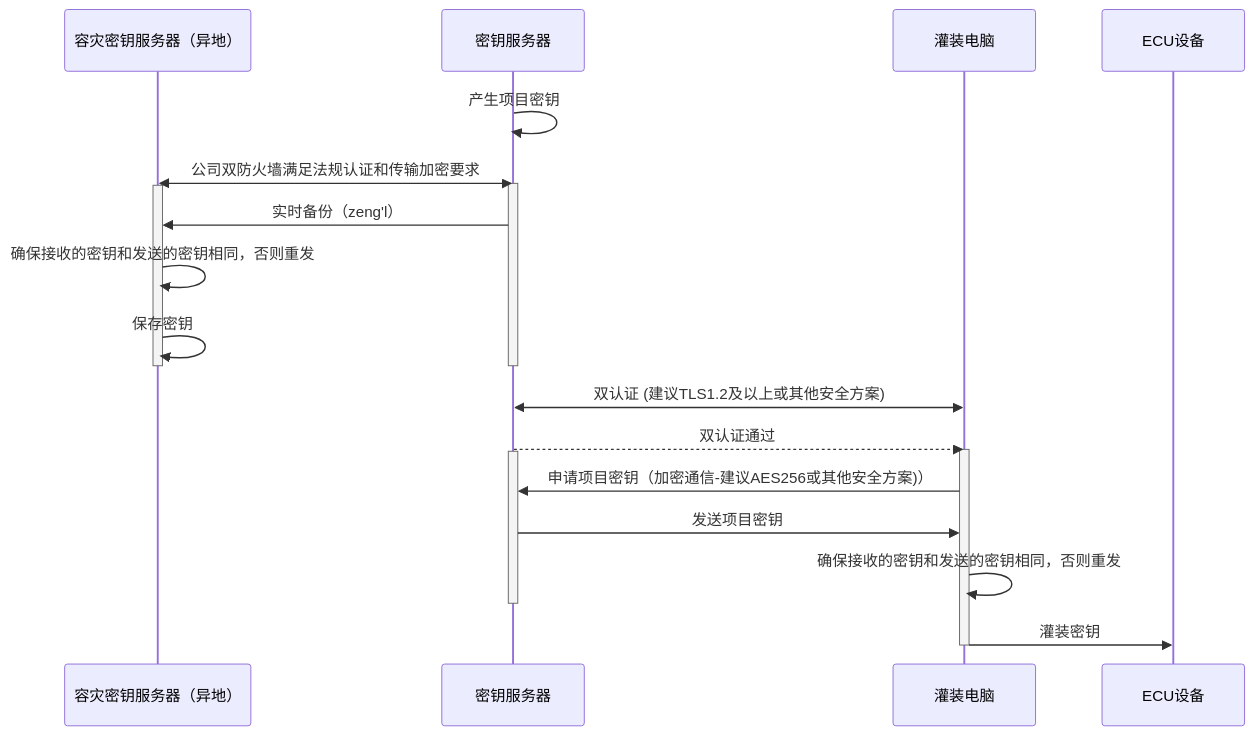
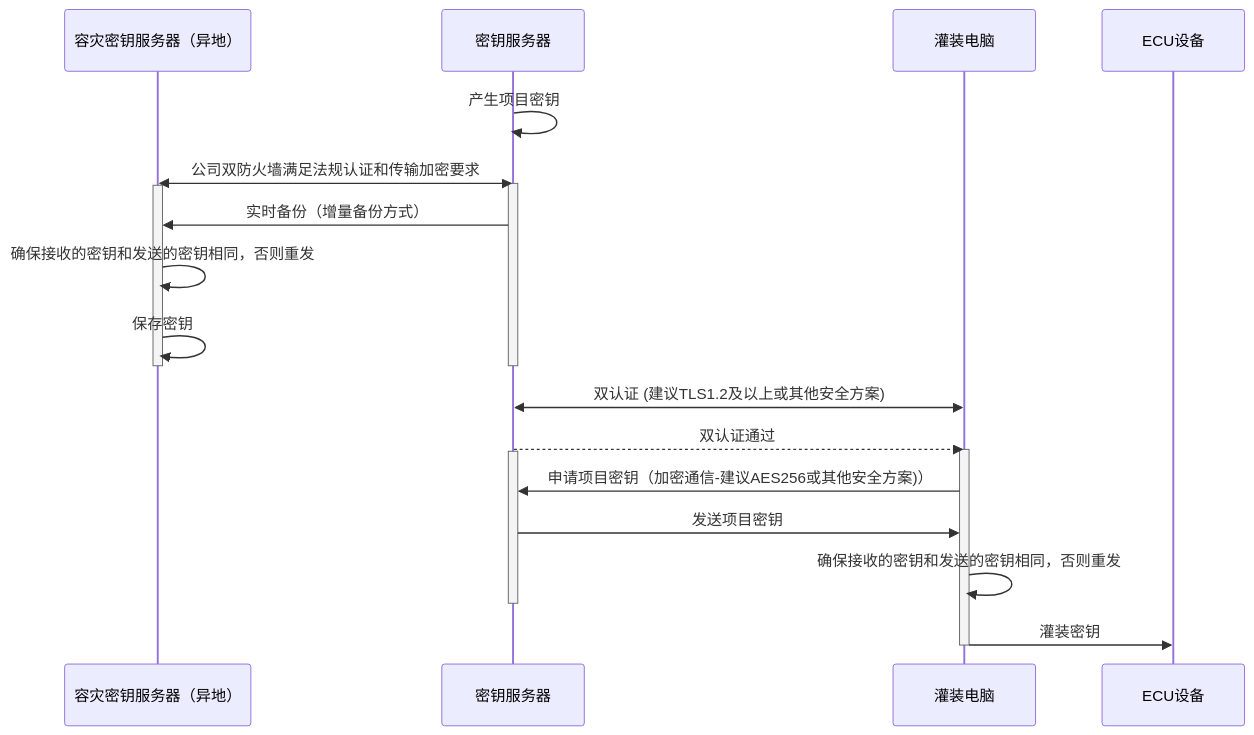
One commit to facebook-cloud/iodraw-files changed the diagram in all/未命名-15.md. Above: the diagram before and after it, drawn with Mermaid.

Commit message:
2026-02-07 09:49:47 update

````diff
--- a/all/未命名-15.md
+++ b/all/未命名-15.md
@@ -1,31 +1,31 @@
 ```mermaid
 sequenceDiagram
     participant B as 容灾密钥服务器（异地）
     participant A as 密钥服务器
     participant C as 灌装电脑
     participant D as ECU设备
 
     A->>A: 产生项目密钥
     A<<->>B: 公司双防火墙满足法规认证和传输加密要求
     activate A
     activate B
-    A->>B: 实时备份（zeng'l）
+    A->>B: 实时备份（增量备份方式）
 
     B->>B: 确保接收的密钥和发送的密钥相同，否则重发
     B->>B: 保存密钥
     deactivate B
     deactivate A
 
     C<<->>A: 双认证 (建议TLS1.2及以上或其他安全方案)
     A-->>C: 双认证通过
     activate C
     activate A
     C->>A: 申请项目密钥（加密通信-建议AES256或其他安全方案)）
     A->>C: 发送项目密钥
 
     C->>C: 确保接收的密钥和发送的密钥相同，否则重发
     deactivate A
     C->>D: 灌装密钥
     deactivate C
 
 ```
````
